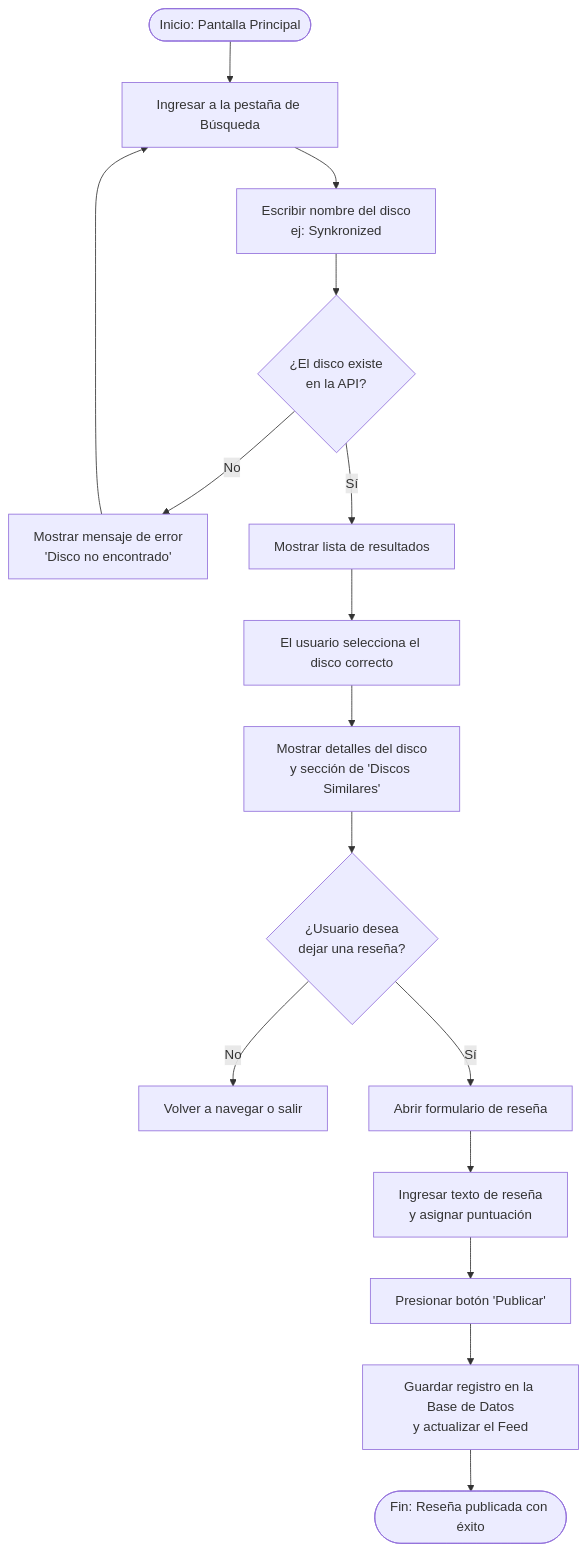
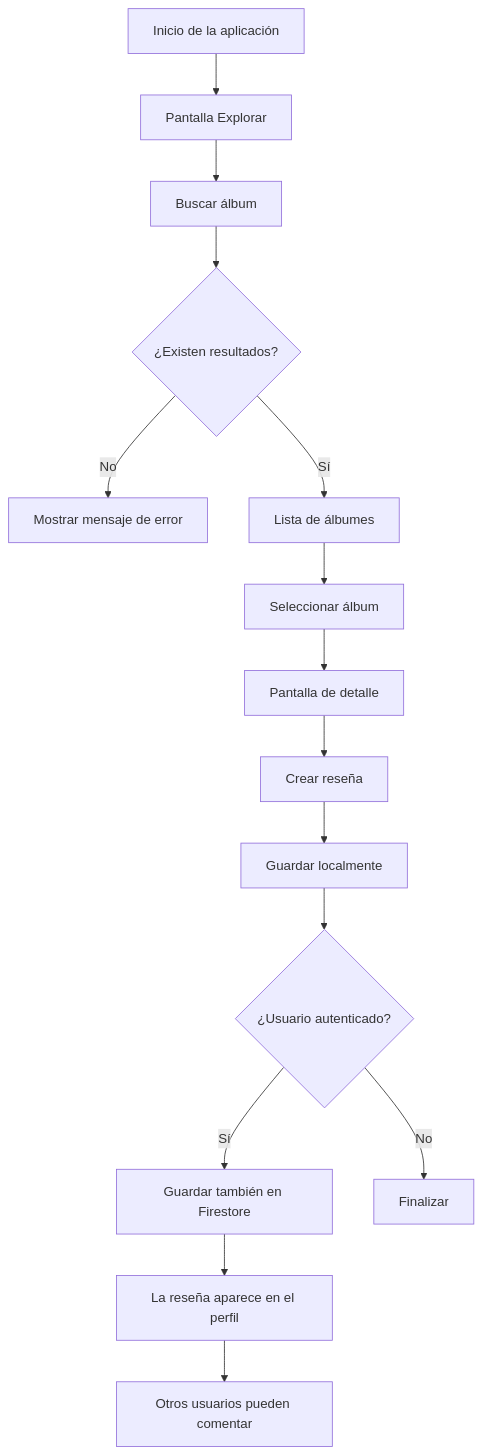
The first of 2 diagrams in README.md (Jarkeer/AlbumLog), drawn with Mermaid before and after one commit. The commit also changed other lines of this file, not shown here.

````diff
--- a/README.md
+++ b/README.md
@@ -33,18 +70,31 @@
 ```mermaid
 flowchart TD
-    A([Inicio: Pantalla Principal]) --> B[Ingresar a la pestaña de Búsqueda]
-    B --> C[Escribir nombre del disco\nej: Synkronized]
-    C --> D{¿El disco existe\nen la API?}
-    D -- No --> E[Mostrar mensaje de error\n'Disco no encontrado']
-    E --> B
-    D -- Sí --> F[Mostrar lista de resultados]
-    F --> G[El usuario selecciona el disco correcto]
-    G --> H[Mostrar detalles del disco\ny sección de 'Discos Similares']
-    H --> I{¿Usuario desea\ndejar una reseña?}
-    I -- No --> J[Volver a navegar o salir]
-    I -- Sí --> K[Abrir formulario de reseña]
-    K --> L[Ingresar texto de reseña\ny asignar puntuación]
-    L --> M[Presionar botón 'Publicar']
-    M --> N[Guardar registro en la Base de Datos\ny actualizar el Feed]
-    N --> O([Fin: Reseña publicada con éxito])
+
+A[Inicio de la aplicación] --> B[Pantalla Explorar]
+
+B --> C[Buscar álbum]
+
+C --> D{¿Existen resultados?}
+
+D -->|No| E[Mostrar mensaje de error]
+
+D -->|Sí| F[Lista de álbumes]
+
+F --> G[Seleccionar álbum]
+
+G --> H[Pantalla de detalle]
+
+H --> I[Crear reseña]
+
+I --> J[Guardar localmente]
+
+J --> K{¿Usuario autenticado?}
+
+K -->|Sí| L[Guardar también en Firestore]
+
+K -->|No| M[Finalizar]
+
+L --> N[La reseña aparece en el perfil]
+
+N --> O[Otros usuarios pueden comentar]
 ```
````
